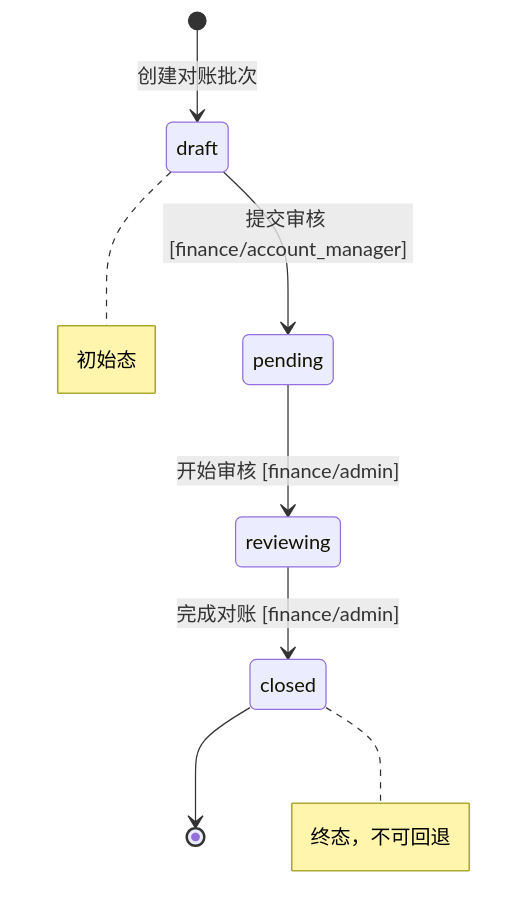
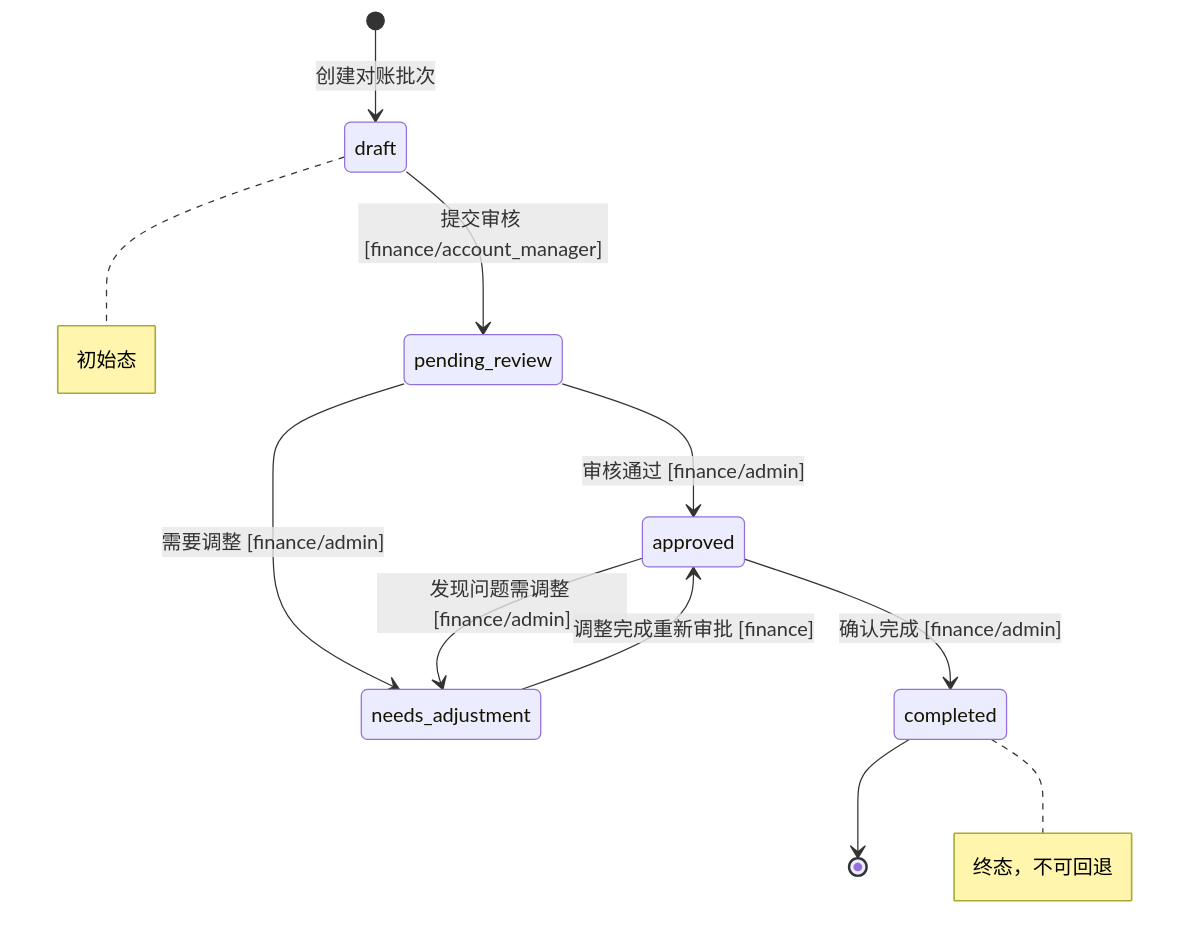
One commit to wade56754/AI_ad_spend02 changed the seventh of 8 diagrams in docs/4.architecture/RECONCILIATION_CONTROL_CENTER_ARCHITECTURE.md. Above: the diagram before and after it, drawn with Mermaid. The commit also changed other lines of this file and 4 other files, not shown here.

````diff
--- a/docs/4.architecture/RECONCILIATION_CONTROL_CENTER_ARCHITECTURE.md
+++ b/docs/4.architecture/RECONCILIATION_CONTROL_CENTER_ARCHITECTURE.md
@@ -444,11 +444,14 @@
 ```mermaid
 stateDiagram-v2
     [*] --> draft: 创建对账批次
-    draft --> pending: 提交审核 [finance/account_manager]
-    pending --> reviewing: 开始审核 [finance/admin]
-    reviewing --> closed: 完成对账 [finance/admin]
-    closed --> [*]
+    draft --> pending_review: 提交审核 [finance/account_manager]
+    pending_review --> approved: 审核通过 [finance/admin]
+    pending_review --> needs_adjustment: 需要调整 [finance/admin]
+    approved --> completed: 确认完成 [finance/admin]
+    approved --> needs_adjustment: 发现问题需调整 [finance/admin]
+    needs_adjustment --> approved: 调整完成重新审批 [finance]
+    completed --> [*]
 
     note right of draft: 初始态
-    note right of closed: 终态，不可回退
+    note right of completed: 终态，不可回退
 ```
````
